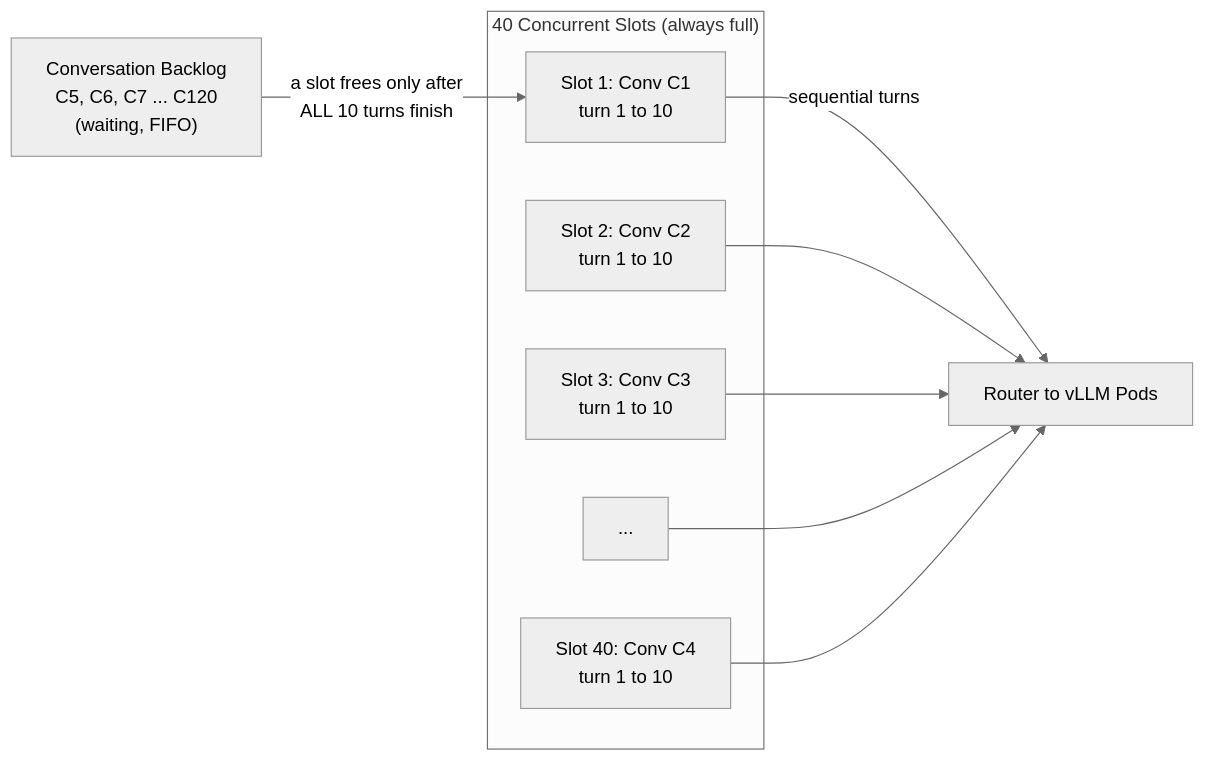
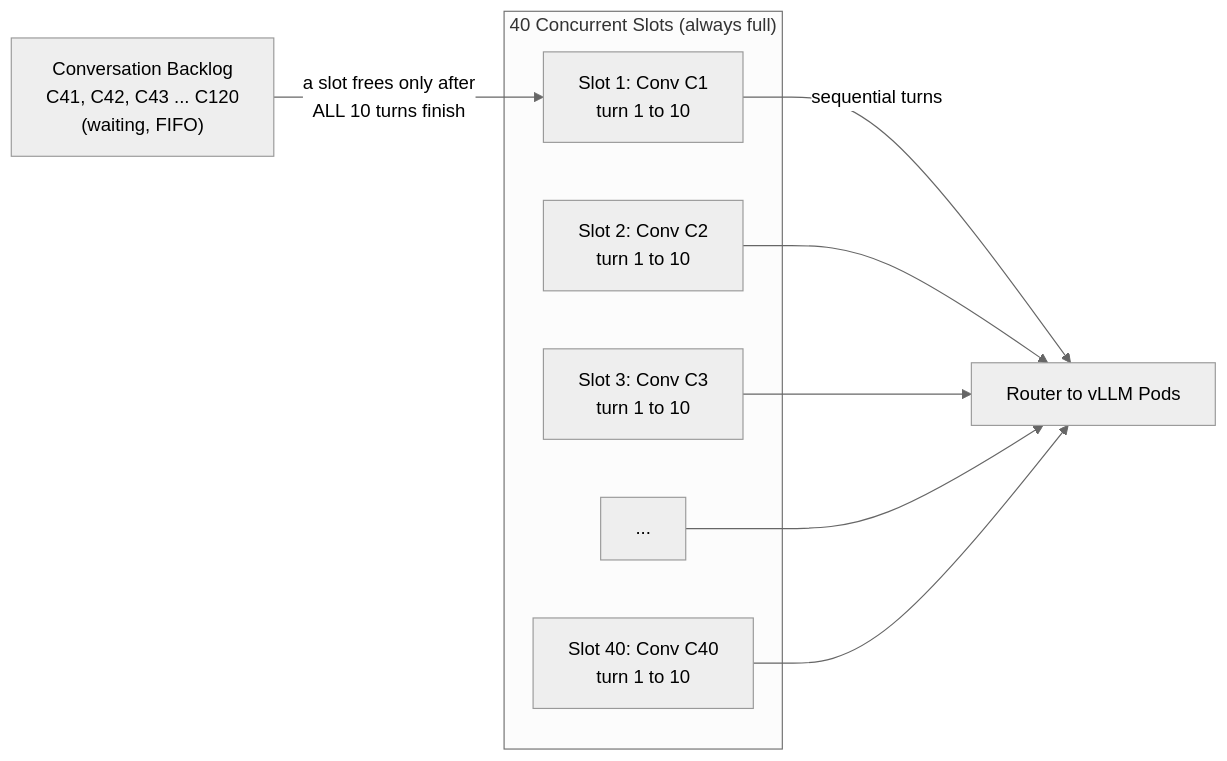
The second of 5 diagrams in benchmark-report.md (YaoZengzeng/kthena), drawn with Mermaid (neutral theme) before and after one commit. The commit also changed other lines of this file, not shown here.

````diff
--- a/benchmark-report.md
+++ b/benchmark-report.md
@@ -117,21 +117,21 @@
 ```mermaid
 flowchart LR
-    Pool["Conversation Backlog<br/>C5, C6, C7 ... C120<br/>(waiting, FIFO)"]
+    Pool["Conversation Backlog<br/>C41, C42, C43 ... C120<br/>(waiting, FIFO)"]
 
     subgraph Slots["40 Concurrent Slots (always full)"]
         S1["Slot 1: Conv C1<br/>turn 1 to 10"]
         S2["Slot 2: Conv C2<br/>turn 1 to 10"]
         S3["Slot 3: Conv C3<br/>turn 1 to 10"]
         Sd["..."]
-        S40["Slot 40: Conv C4<br/>turn 1 to 10"]
+        S40["Slot 40: Conv C40<br/>turn 1 to 10"]
     end
 
     Backend["Router to vLLM Pods"]
 
     Pool -->|"a slot frees only after<br/>ALL 10 turns finish"| S1
     S1 -->|"sequential turns"| Backend
     S2 --> Backend
     S3 --> Backend
     Sd --> Backend
     S40 --> Backend
 ```
````
